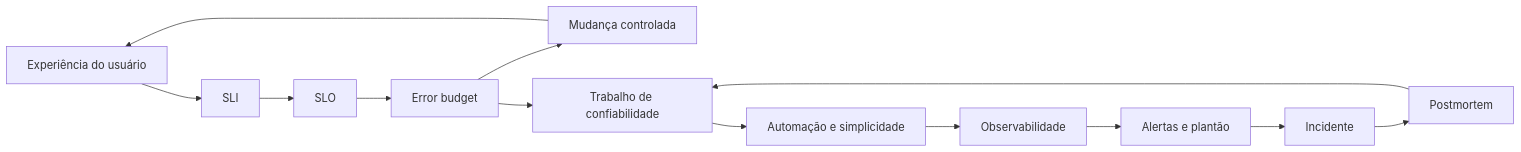
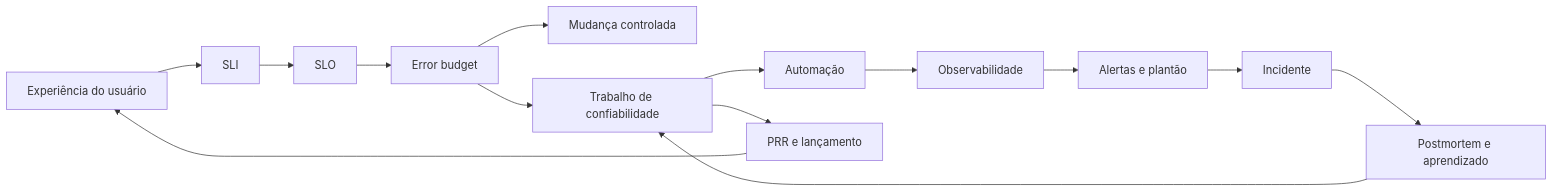
The diagram in docs/conceitos-centrais.md (rafaelrezo/curso-engenharia-confiabilidade), drawn with Mermaid before and after one commit. The commit also changed other lines of this file, not shown here.

````diff
--- a/docs/conceitos-centrais.md
+++ b/docs/conceitos-centrais.md
@@ -193,15 +46,16 @@
 ```mermaid
 flowchart LR
     User["Experiência do usuário"] --> SLI["SLI"]
     SLI --> SLO["SLO"]
     SLO --> Budget["Error budget"]
     Budget --> Change["Mudança controlada"]
     Budget --> Reliability["Trabalho de confiabilidade"]
-    Reliability --> Automation["Automação e simplicidade"]
-    Automation --> Monitoring["Observabilidade"]
-    Monitoring --> Alerting["Alertas e plantão"]
+    Reliability --> Automation["Automação"]
+    Automation --> Observability["Observabilidade"]
+    Observability --> Alerting["Alertas e plantão"]
     Alerting --> Incident["Incidente"]
-    Incident --> Postmortem["Postmortem"]
-    Postmortem --> Reliability
-    Change --> User
+    Incident --> Learning["Postmortem e aprendizado"]
+    Learning --> Reliability
+    Reliability --> Launch["PRR e lançamento"]
+    Launch --> User
 ```
````
